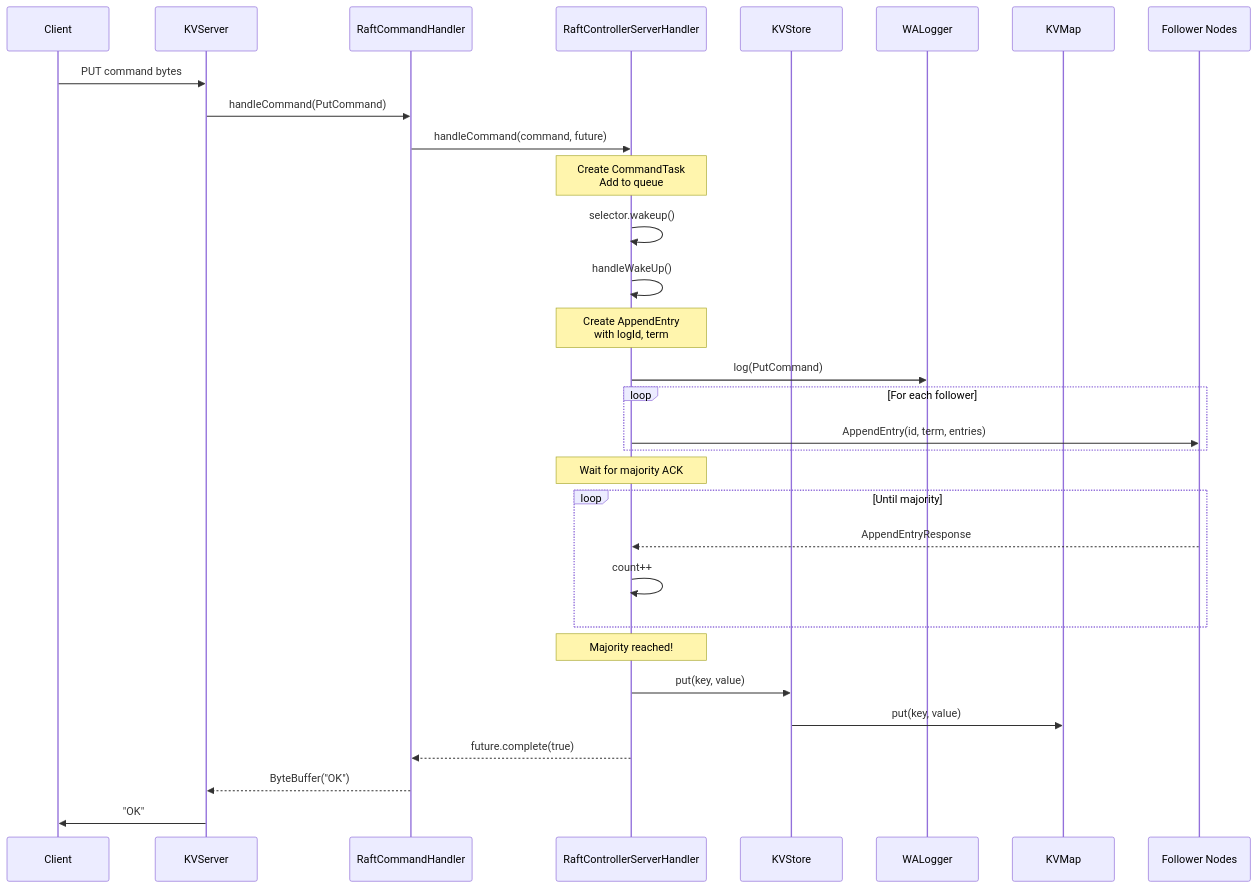
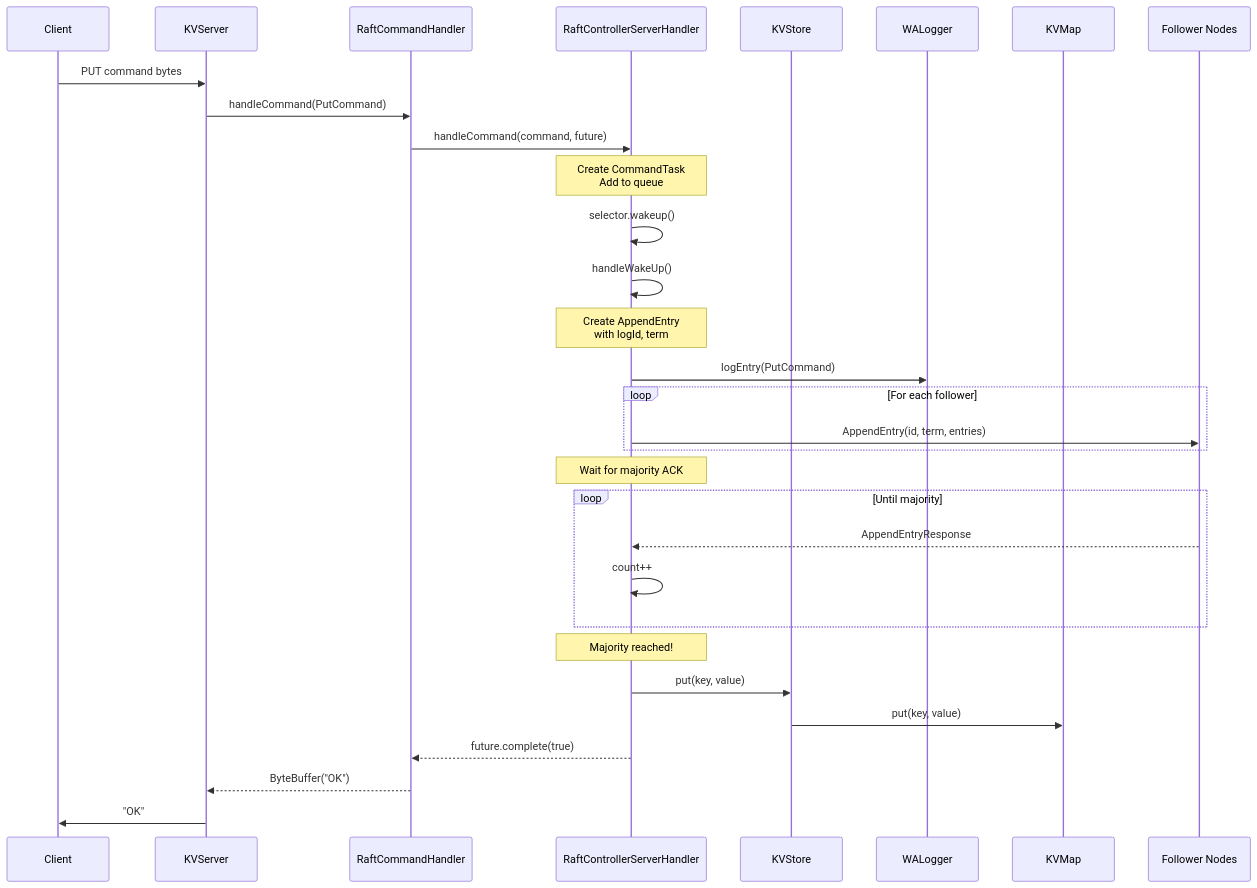
One commit to JadoreThompson/kv-store changed the fifth of 11 diagrams in README.md. Above: the diagram before and after it, drawn with Mermaid. The commit also changed other lines of this file and 37 other files, not shown here.

````diff
--- a/README.md
+++ b/README.md
@@ -625,45 +626,45 @@
 ```mermaid
 sequenceDiagram
     participant Client
     participant KVServer
     participant RaftCommandHandler
     participant ControllerHandler as RaftControllerServerHandler
     participant KVStore
     participant WALogger
     participant KVMap
     participant Followers as Follower Nodes
     
     Client->>KVServer: PUT command bytes
     
     KVServer->>RaftCommandHandler: handleCommand(PutCommand)
     RaftCommandHandler->>ControllerHandler: handleCommand(command, future)
     
     Note over ControllerHandler: Create CommandTask<br/>Add to queue
     
     ControllerHandler->>ControllerHandler: selector.wakeup()
     ControllerHandler->>ControllerHandler: handleWakeUp()
     
     Note over ControllerHandler: Create AppendEntry<br/>with logId, term
     
-    ControllerHandler->>WALogger: log(PutCommand)
+    ControllerHandler->>WALogger: logEntry(PutCommand)
     
     loop For each follower
         ControllerHandler->>Followers: AppendEntry(id, term, entries)
     end
     
     Note over ControllerHandler: Wait for majority ACK
     
     loop Until majority
         Followers-->>ControllerHandler: AppendEntryResponse
         ControllerHandler->>ControllerHandler: count++
     end
     
     Note over ControllerHandler: Majority reached!
     
     ControllerHandler->>KVStore: put(key, value)
     KVStore->>KVMap: put(key, value)
     
     ControllerHandler-->>RaftCommandHandler: future.complete(true)
     RaftCommandHandler-->>KVServer: ByteBuffer("OK")
     KVServer->>Client: "OK"
 ```
````
